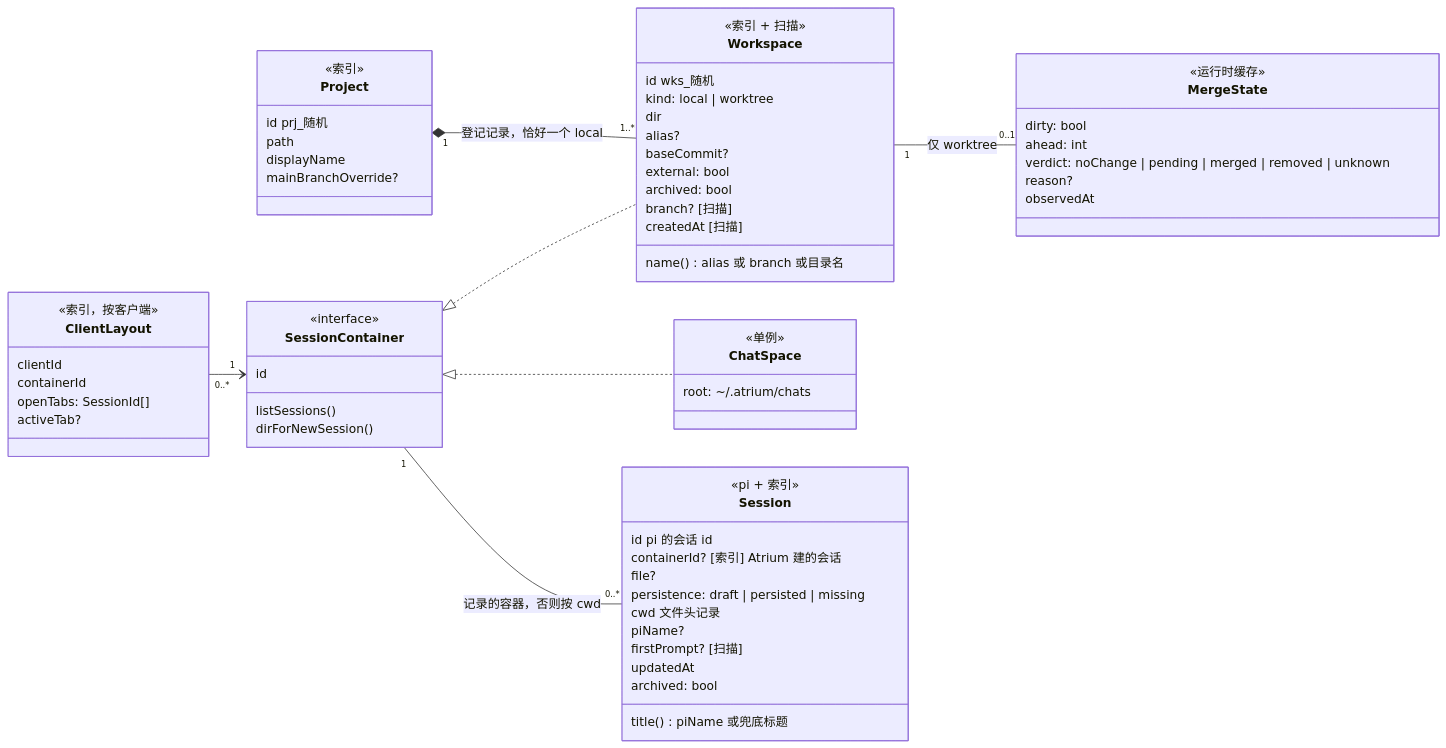
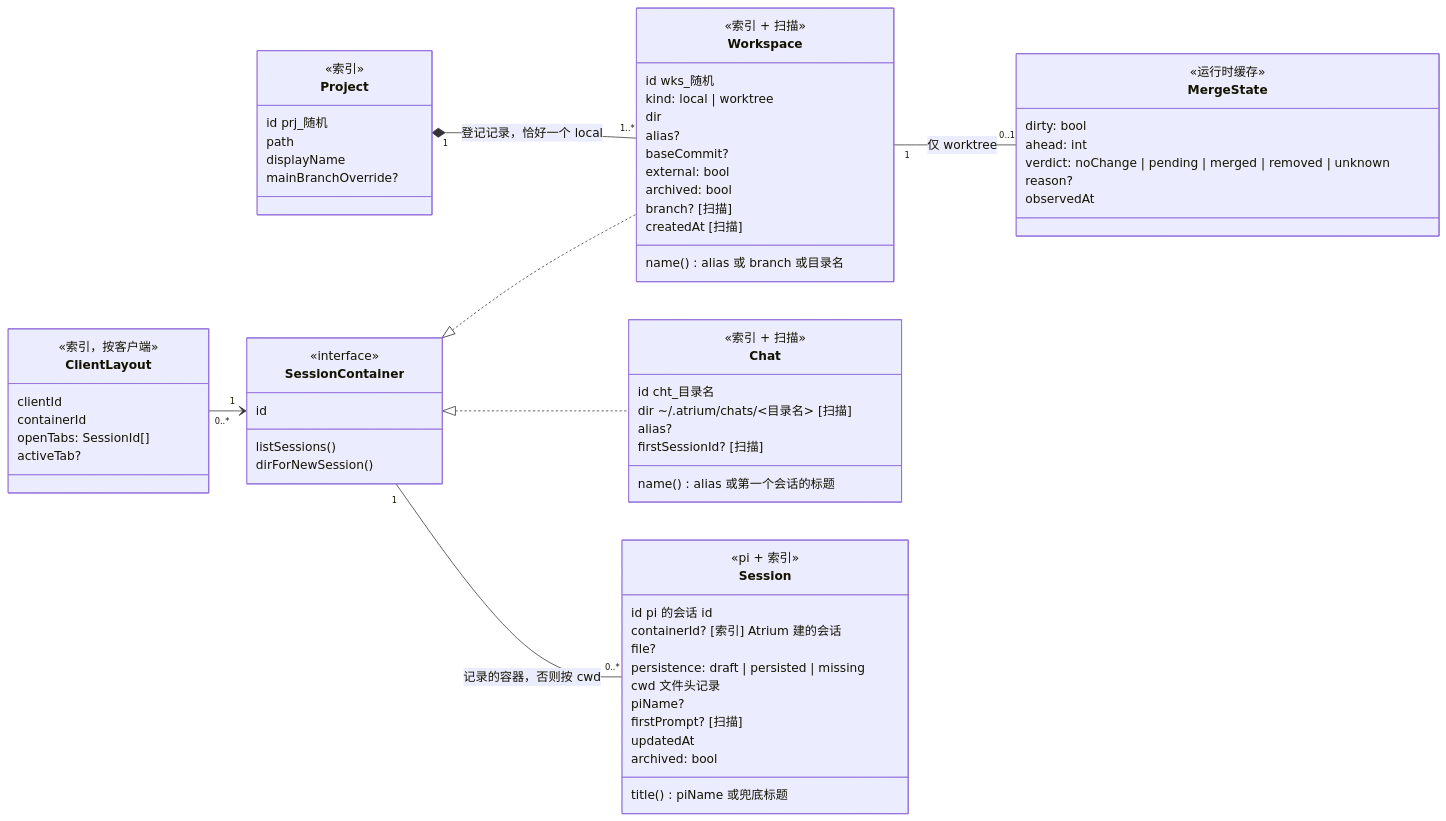
Before and after one commit to Wan-Kai/atrium: the first of 7 diagrams in docs/architecture/domain-model.md, drawn with Mermaid. The commit also changed other lines of this file and 54 other files, not shown here.

First line of the commit message:
Make each chat a container of its own, like a workspace

````diff
--- a/docs/architecture/domain-model.md
+++ b/docs/architecture/domain-model.md
@@ -25,69 +25,73 @@
 ```mermaid
 classDiagram
     direction LR
     class Project {
       <<索引>>
       id  prj_随机
       path
       displayName
       mainBranchOverride?
     }
     class Workspace {
       <<索引 + 扫描>>
       id  wks_随机
       kind: local | worktree
       dir
       alias?
       baseCommit?
       external: bool
       archived: bool
       branch?  [扫描]
       createdAt  [扫描]
       name()  alias 或 branch 或目录名
     }
-    class ChatSpace {
-      <<单例>>
-      root: ~/.atrium/chats
+    class Chat {
+      <<索引 + 扫描>>
+      id  cht_目录名
+      dir  ~/.atrium/chats/<目录名>  [扫描]
+      alias?
+      firstSessionId?  [扫描]
+      name()  alias 或第一个会话的标题
     }
     class SessionContainer {
       <<interface>>
       id
       listSessions()
       dirForNewSession()
     }
     class Session {
       <<pi + 索引>>
       id  pi 的会话 id
       containerId?  [索引] Atrium 建的会话
       file?
       persistence: draft | persisted | missing
       cwd  文件头记录
       piName?
       firstPrompt?  [扫描]
       updatedAt
       archived: bool
       title()  piName 或兜底标题
     }
     class MergeState {
       <<运行时缓存>>
       dirty: bool
       ahead: int
       verdict: noChange | pending | merged | removed | unknown
       reason?
       observedAt
     }
     class ClientLayout {
       <<索引，按客户端>>
       clientId
       containerId
       openTabs: SessionId[]
       activeTab?
     }
 
     Project "1" *-- "1..*" Workspace : 登记记录，恰好一个 local
     SessionContainer <|.. Workspace
-    SessionContainer <|.. ChatSpace
+    SessionContainer <|.. Chat
     SessionContainer "1" -- "0..*" Session : 记录的容器，否则按 cwd
     Workspace "1" -- "0..1" MergeState : 仅 worktree
     ClientLayout "0..*" --> "1" SessionContainer
 ```
````
